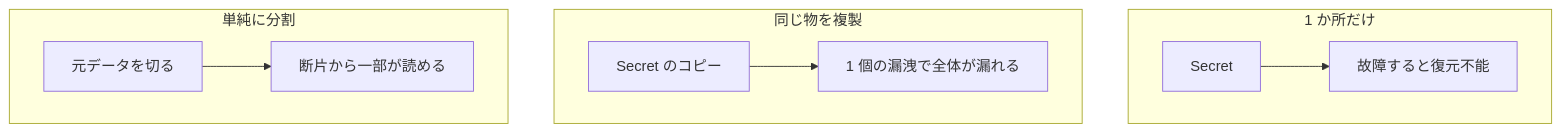
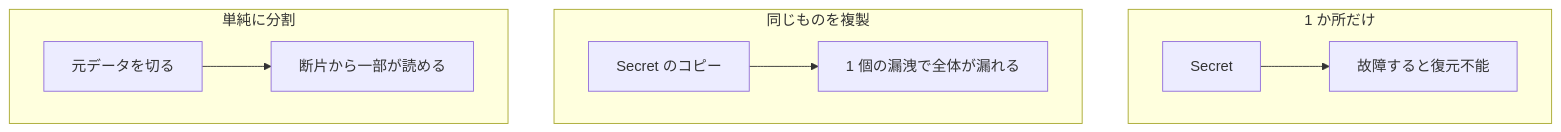
The second of 6 diagrams in content/notes/security/shamir-secret-sharing/index.md (nao1215/debimate), drawn with Mermaid before and after one commit. The commit also changed other lines of this file and 56 other files, not shown here.

````diff
--- a/content/notes/security/shamir-secret-sharing/index.md
+++ b/content/notes/security/shamir-secret-sharing/index.md
@@ -37,12 +37,12 @@
 ```mermaid
 flowchart TB
     subgraph O["1 か所だけ"]
         O1["Secret"] --> O2["故障すると復元不能"]
     end
-    subgraph C["同じ物を複製"]
+    subgraph C["同じものを複製"]
         C1["Secret のコピー"] --> C2["1 個の漏洩で全体が漏れる"]
     end
     subgraph F["単純に分割"]
         F1["元データを切る"] --> F2["断片から一部が読める"]
     end
 ```
````
